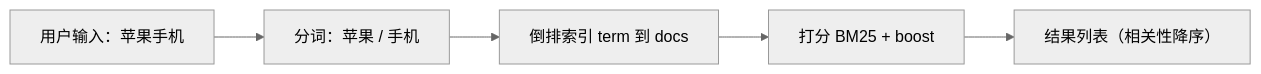
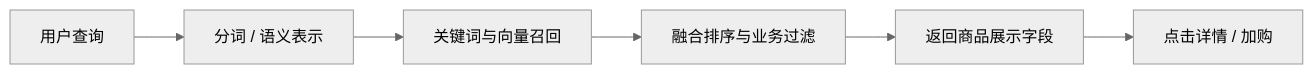
The first of 3 diagrams in docs/lecture/03-product-search.md (RedInn7/gomall), drawn with Mermaid (neutral theme) before and after one commit. The commit also changed other lines of this file and 2 other files, not shown here.

````diff
--- a/docs/lecture/03-product-search.md
+++ b/docs/lecture/03-product-search.md
@@ -140,7 +30,8 @@
 ```mermaid
 flowchart LR
-    q["用户输入：苹果手机"] --> an["分词：苹果 / 手机"]
-    an --> idx["倒排索引 term 到 docs"]
-    idx --> sc["打分 BM25 + boost"]
-    sc --> out["结果列表（相关性降序）"]
+    query["用户查询"] --> understand["分词 / 语义表示"]
+    understand --> recall["关键词与向量召回"]
+    recall --> rank["融合排序与业务过滤"]
+    rank --> detail["返回商品展示字段"]
+    detail --> click["点击详情 / 加购"]
 ```
````
